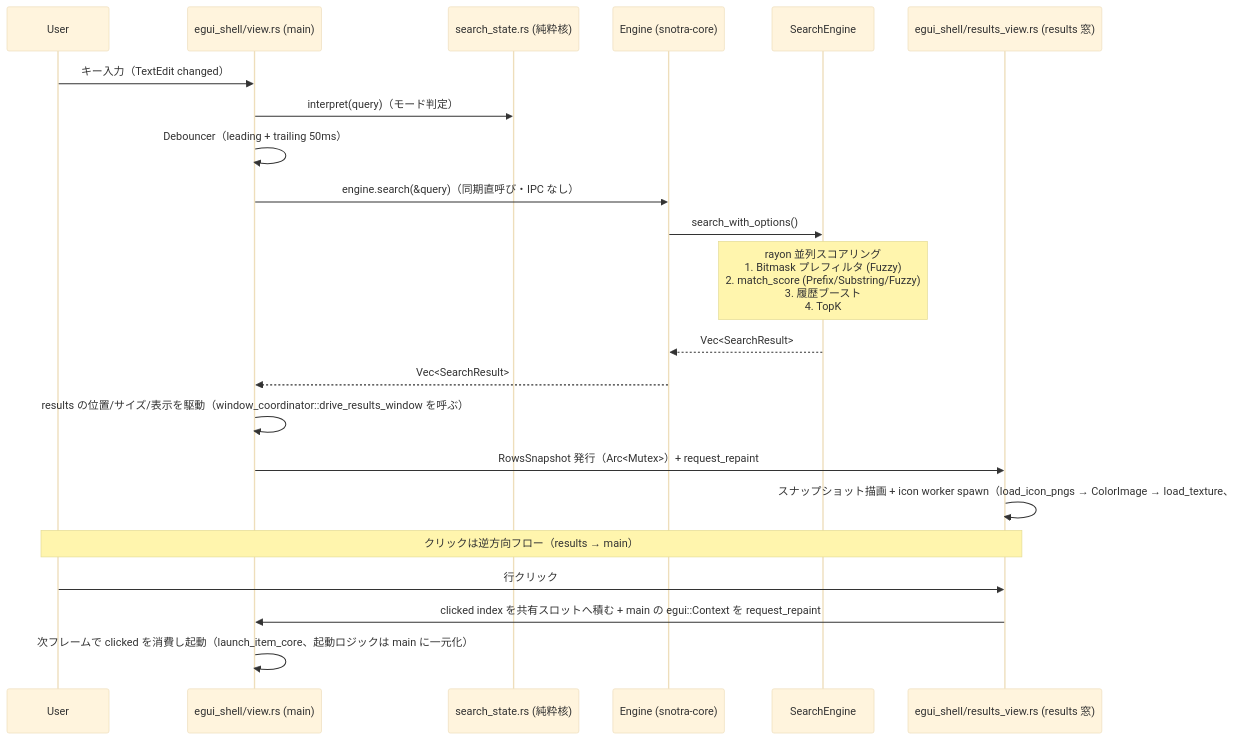
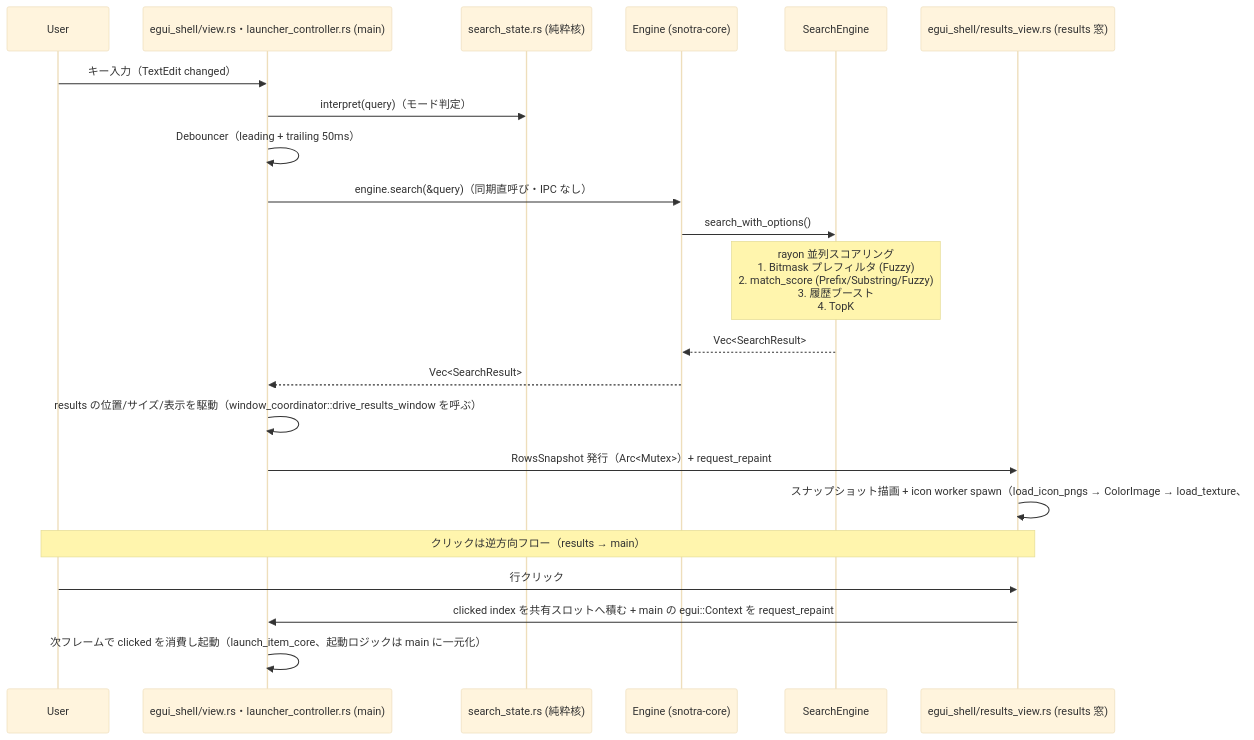
One commit to finelagusaz/Snotra changed the diagram in docs/architecture.md. Above: the diagram before and after it, drawn with Mermaid (base theme). The commit also changed other lines of this file and 28 other files, not shown here.

First line of the commit message:
refactor: view.rs を LauncherController / view / font_stack へ分ける (段 3) (#785)

````diff
--- a/docs/architecture.md
+++ b/docs/architecture.md
@@ -153,28 +153,28 @@
 ```mermaid
 sequenceDiagram
     participant User
-    participant View as egui_shell/view.rs (main)
+    participant View as egui_shell/view.rs・launcher_controller.rs (main)
     participant State as search_state.rs (純粋核)
     participant Eng as Engine (snotra-core)
     participant SE as SearchEngine
     participant Results as egui_shell/results_view.rs (results 窓)
 
     User->>View: キー入力（TextEdit changed）
     View->>State: interpret(query)（モード判定）
     View->>View: Debouncer（leading + trailing 50ms）
     View->>Eng: engine.search(&query)（同期直呼び・IPC なし）
     Eng->>SE: search_with_options()
 
     Note over SE: rayon 並列スコアリング<br/>1. Bitmask プレフィルタ (Fuzzy)<br/>2. match_score (Prefix/Substring/Fuzzy)<br/>3. 履歴ブースト<br/>4. TopK
 
     SE-->>Eng: Vec<SearchResult>
     Eng-->>View: Vec<SearchResult>
     View->>View: results の位置/サイズ/表示を駆動（window_coordinator::drive_results_window を呼ぶ）
     View->>Results: RowsSnapshot 発行（Arc<Mutex>）+ request_repaint
     Results->>Results: スナップショット描画 + icon worker spawn（load_icon_pngs → ColorImage → load_texture、#646 PR2 で view.rs から移管）
 
     Note over User,Results: クリックは逆方向フロー（results → main）
     User->>Results: 行クリック
     Results->>View: clicked index を共有スロットへ積む + main の egui::Context を request_repaint
     View->>View: 次フレームで clicked を消費し起動（launch_item_core、起動ロジックは main に一元化）
 ```
````
